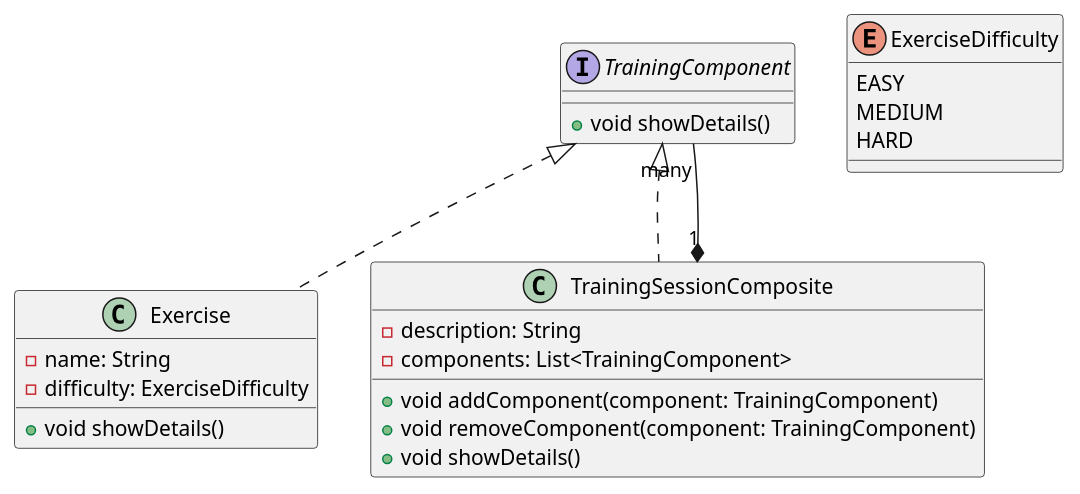
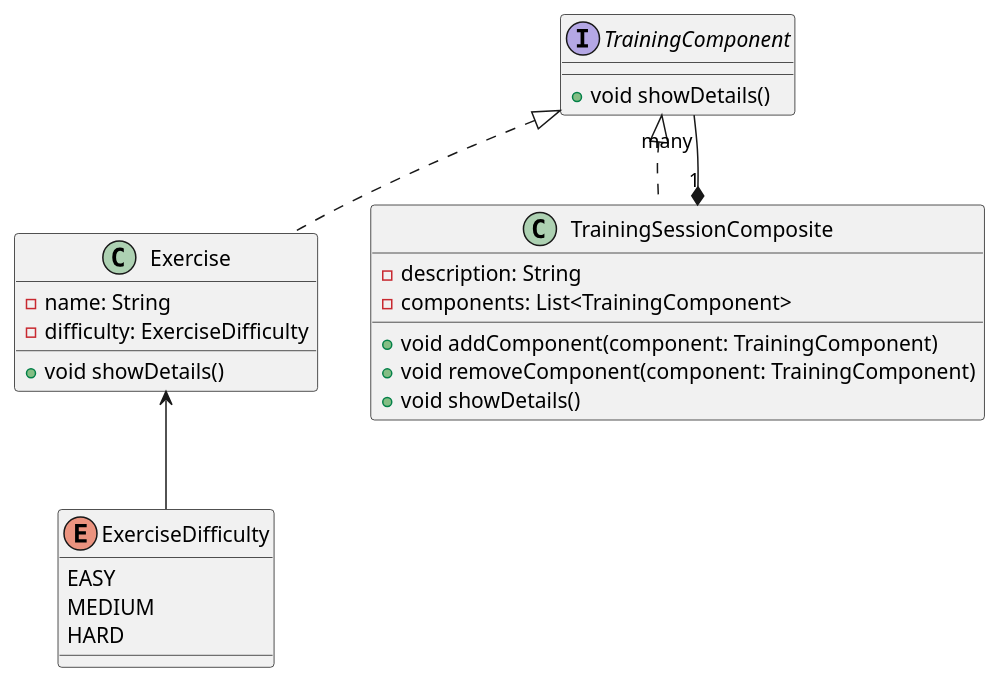
One commit to filip-stepien/software-engineering-lab changed the diagram in src/pattern_diagrams/bartek/composite.puml. Above: the diagram before and after it, drawn with PlantUML. The commit also changed 1 other file, not shown here.

Commit message:
fixed diagram

```diff
--- a/src/pattern_diagrams/bartek/composite.puml
+++ b/src/pattern_diagrams/bartek/composite.puml
@@ -1,27 +1,28 @@
 @startuml
 interface TrainingComponent {
     + void showDetails()
 }
 
 class Exercise implements TrainingComponent {
     - name: String
     - difficulty: ExerciseDifficulty
     + void showDetails()
 }
 
 class TrainingSessionComposite implements TrainingComponent {
     - description: String
     - components: List<TrainingComponent>
     + void addComponent(component: TrainingComponent)
     + void removeComponent(component: TrainingComponent)
     + void showDetails()
 }
 
 enum ExerciseDifficulty {
     EASY
     MEDIUM
     HARD
 }
 
 TrainingSessionComposite "1" *-- "many" TrainingComponent
+Exercise <-- ExerciseDifficulty
 @enduml
```
